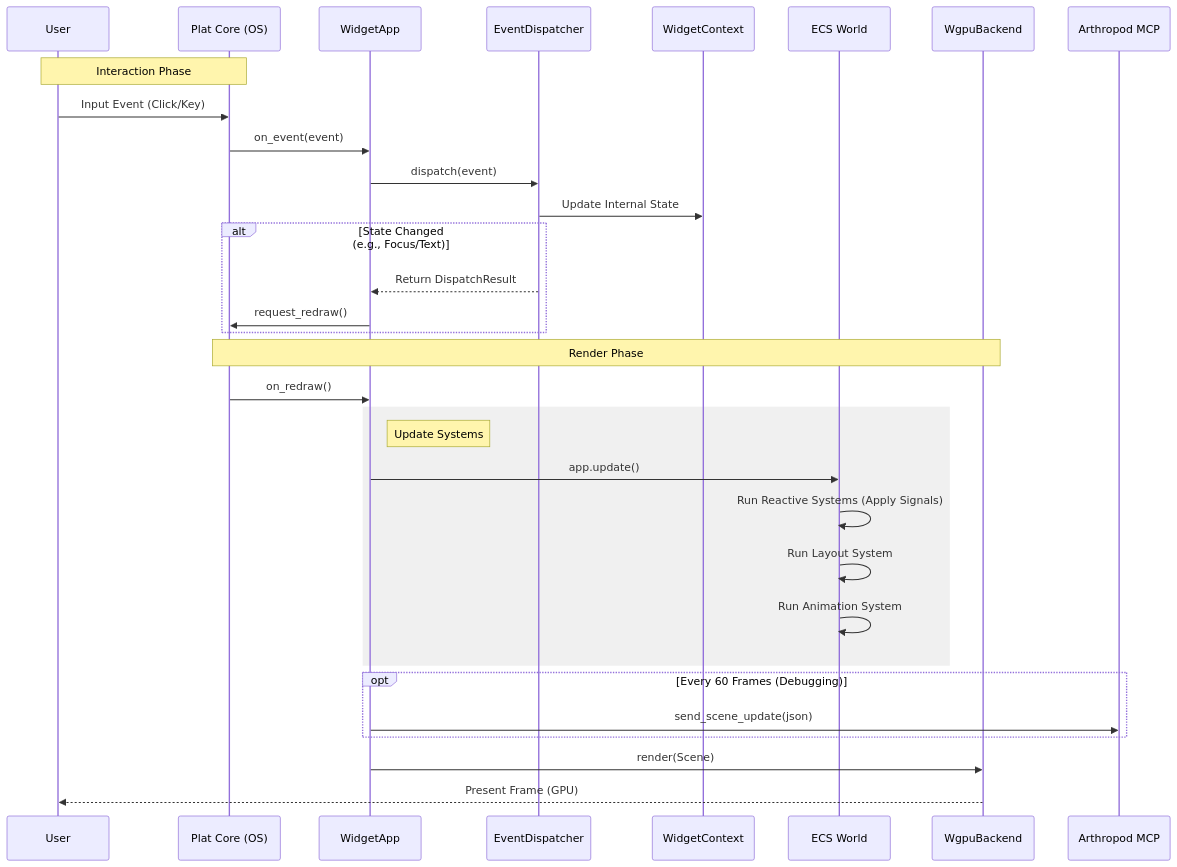
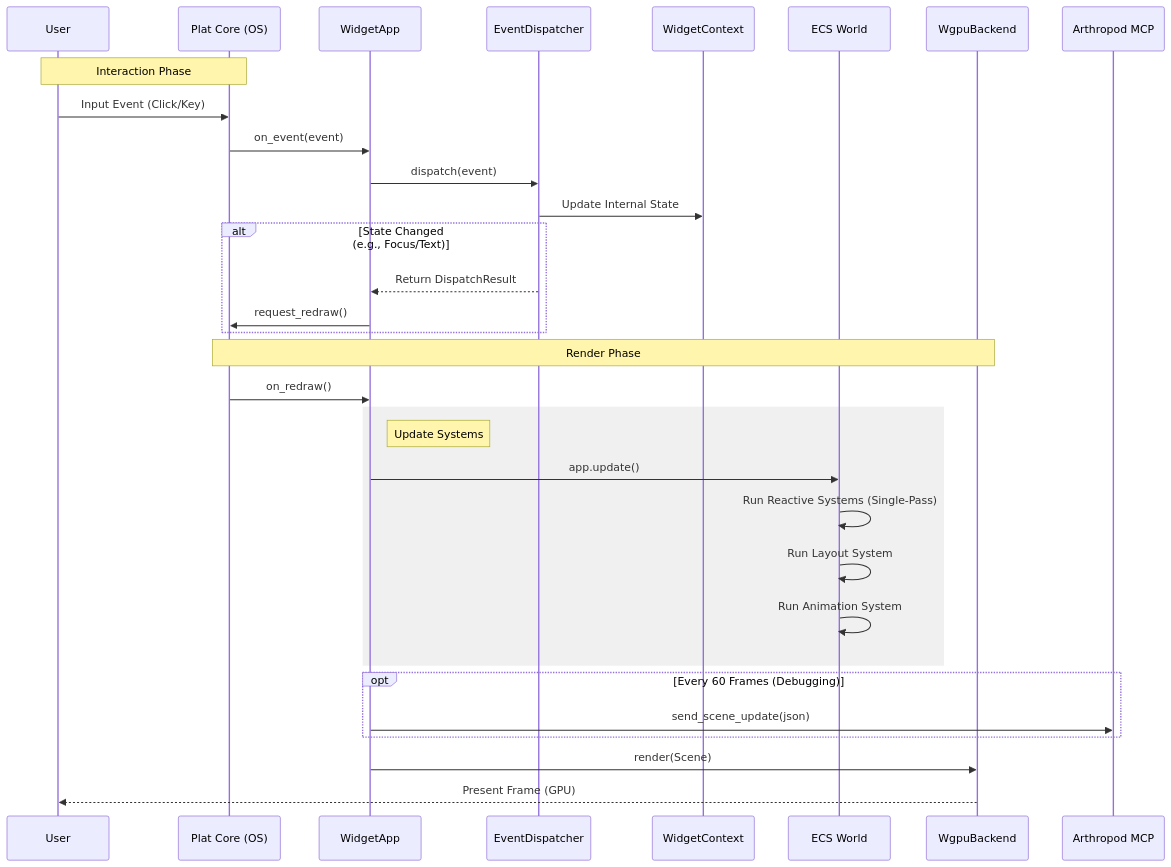
Before and after one commit to madmax983/arthropod: the third of 3 diagrams in docs/architecture.md, drawn with Mermaid. The commit also changed other lines of this file and 1 other file, not shown here.

Commit message:
docs: Add ADR 0024 and update architecture diagram (#341)
- Drafts ADR 0024 (Single-Pass Reactive Updates) to record the decision to use a single-pass reactive update system and reject the parallel gather-apply approach (YAGNI).
- Updates `docs/architecture.md` sequence diagram to explicitly show the single-pass flow.
- Updates `docs/architecture.md` Key Decisions to reference ADR 0024.

````diff
--- a/docs/architecture.md
+++ b/docs/architecture.md
@@ -74,40 +74,40 @@
 ```mermaid
 sequenceDiagram
     participant User
     participant Plat as Plat Core (OS)
     participant App as WidgetApp
     participant Dispatch as EventDispatcher
     participant Context as WidgetContext
     participant ECS as ECS World
     participant Render as WgpuBackend
     participant MCP as Arthropod MCP
 
     Note over User, Plat: Interaction Phase
     User->>Plat: Input Event (Click/Key)
     Plat->>App: on_event(event)
     App->>Dispatch: dispatch(event)
     Dispatch->>Context: Update Internal State
 
     alt State Changed (e.g., Focus/Text)
         Dispatch-->>App: Return DispatchResult
         App->>Plat: request_redraw()
     end
 
     Note over Plat, Render: Render Phase
     Plat->>App: on_redraw()
 
     rect rgb(240, 240, 240)
         note right of App: Update Systems
         App->>ECS: app.update()
-        ECS->>ECS: Run Reactive Systems (Apply Signals)
+        ECS->>ECS: Run Reactive Systems (Single-Pass)
         ECS->>ECS: Run Layout System
         ECS->>ECS: Run Animation System
     end
 
     opt Every 60 Frames (Debugging)
         App->>MCP: send_scene_update(json)
     end
 
     App->>Render: render(Scene)
     Render-->>User: Present Frame (GPU)
 ```
````
